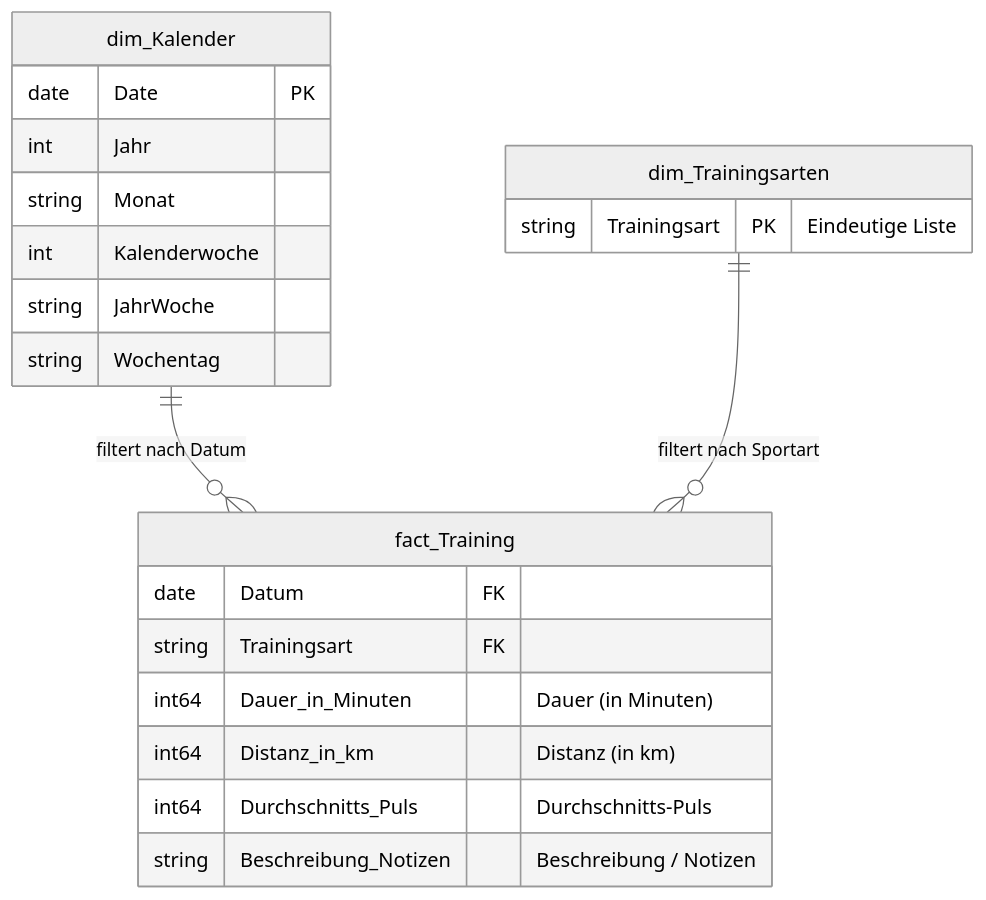
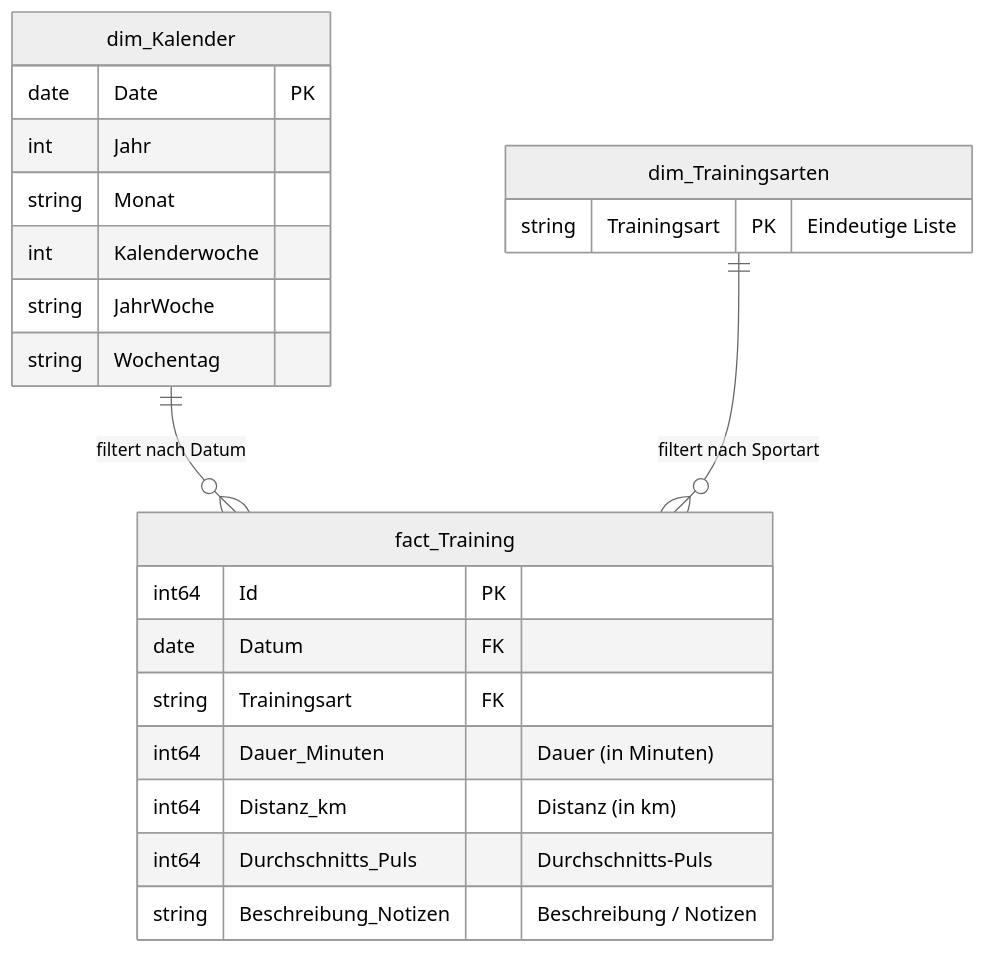
The diagram in docs/03_datenmodell.md (AndreasTraut/Personal-Fitness-BI), drawn with Mermaid (neutral theme) before and after one commit. The commit also changed other lines of this file and 6 other files, not shown here.

````diff
--- a/docs/03_datenmodell.md
+++ b/docs/03_datenmodell.md
@@ -14,27 +14,28 @@
 ```mermaid
 erDiagram
     dim_Kalender ||--o{ fact_Training : "filtert nach Datum"
     dim_Trainingsarten ||--o{ fact_Training : "filtert nach Sportart"
     
     dim_Kalender {
         date Date PK
         int Jahr
         string Monat
         int Kalenderwoche
         string JahrWoche
         string Wochentag
     }
 
     dim_Trainingsarten {
         string Trainingsart PK "Eindeutige Liste"
     }
 
     fact_Training {
+        int64 Id PK
         date Datum FK
         string Trainingsart FK
-        int64 Dauer_in_Minuten "Dauer (in Minuten)"
-        int64 Distanz_in_km "Distanz (in km)"
+        int64 Dauer_Minuten "Dauer (in Minuten)"
+        int64 Distanz_km "Distanz (in km)"
         int64 Durchschnitts_Puls "Durchschnitts-Puls"
         string Beschreibung_Notizen "Beschreibung / Notizen"
     }
 ```
````
